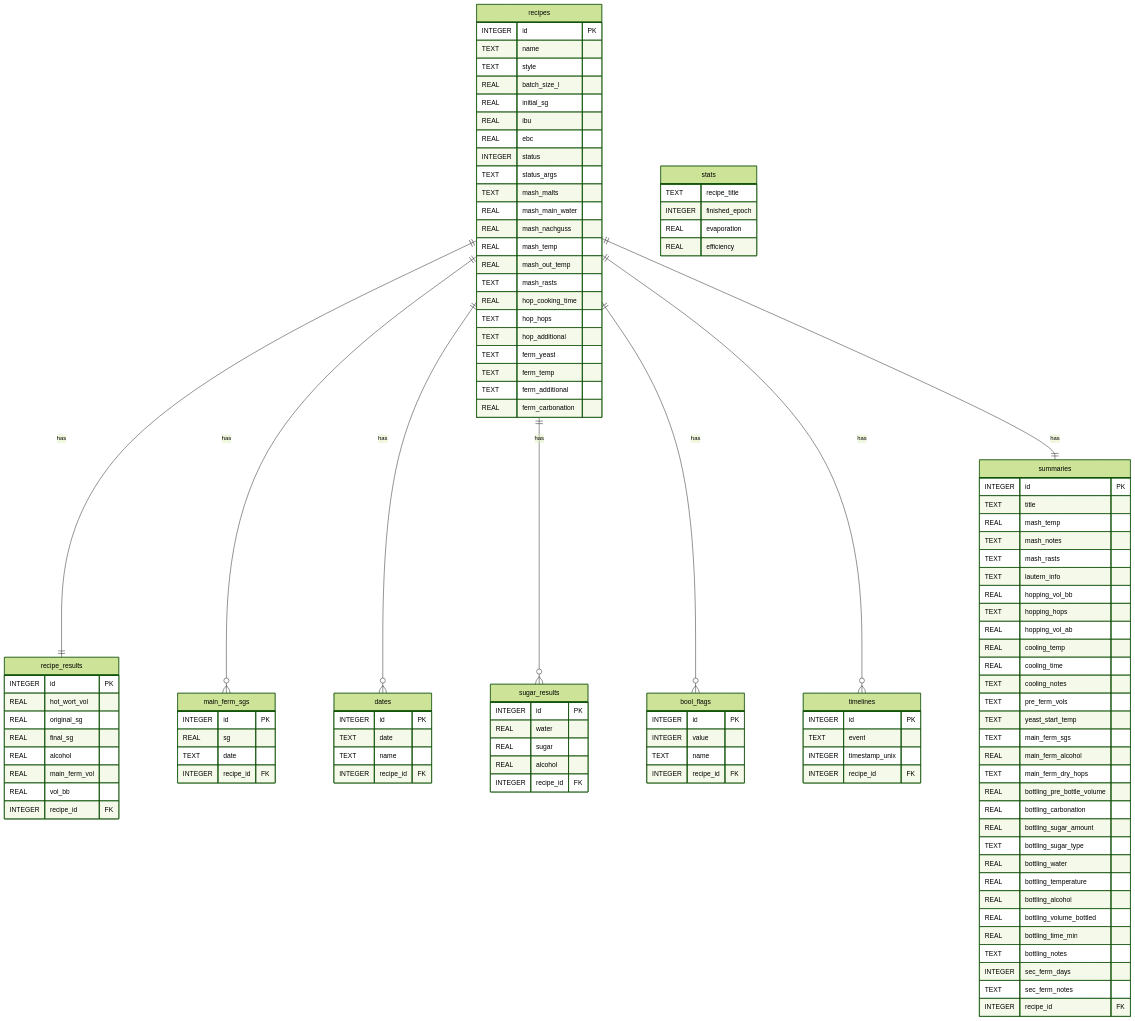
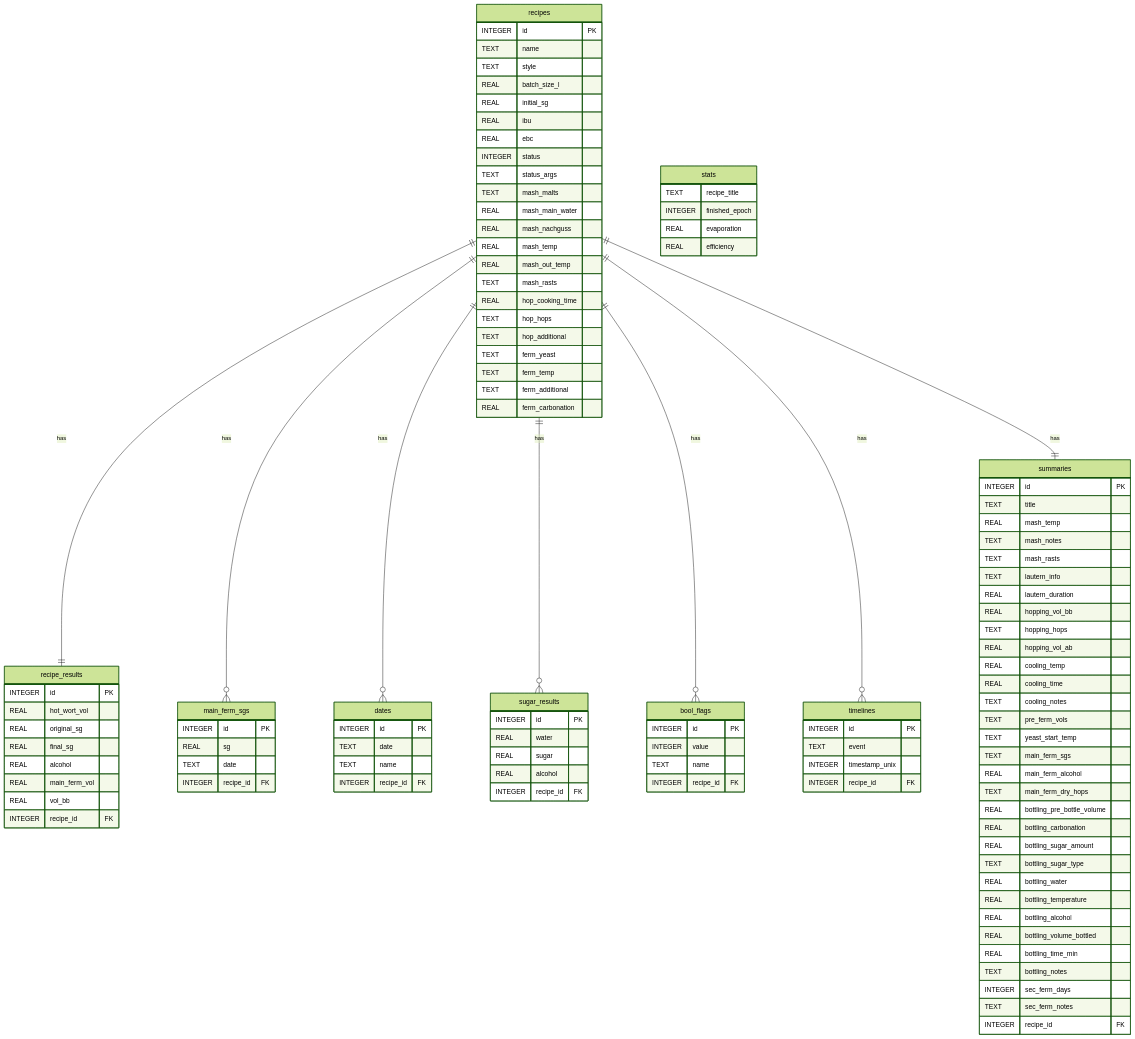
Before and after one commit to juan-castrillon/brewday: the seventh of 8 diagrams in TECHNICAL_OVERVIEW.md, drawn with Mermaid (forest theme). The commit also changed 12 other files, not shown here.

Commit message:
Tackle TODO: Add lautern real duration to summary

```diff
--- a/TECHNICAL_OVERVIEW.md
+++ b/TECHNICAL_OVERVIEW.md
@@ -538,6 +538,7 @@
         TEXT mash_notes
         TEXT mash_rasts
         TEXT lautern_info
+        REAL lautern_duration
         REAL hopping_vol_bb
         TEXT hopping_hops
         REAL hopping_vol_ab
```
